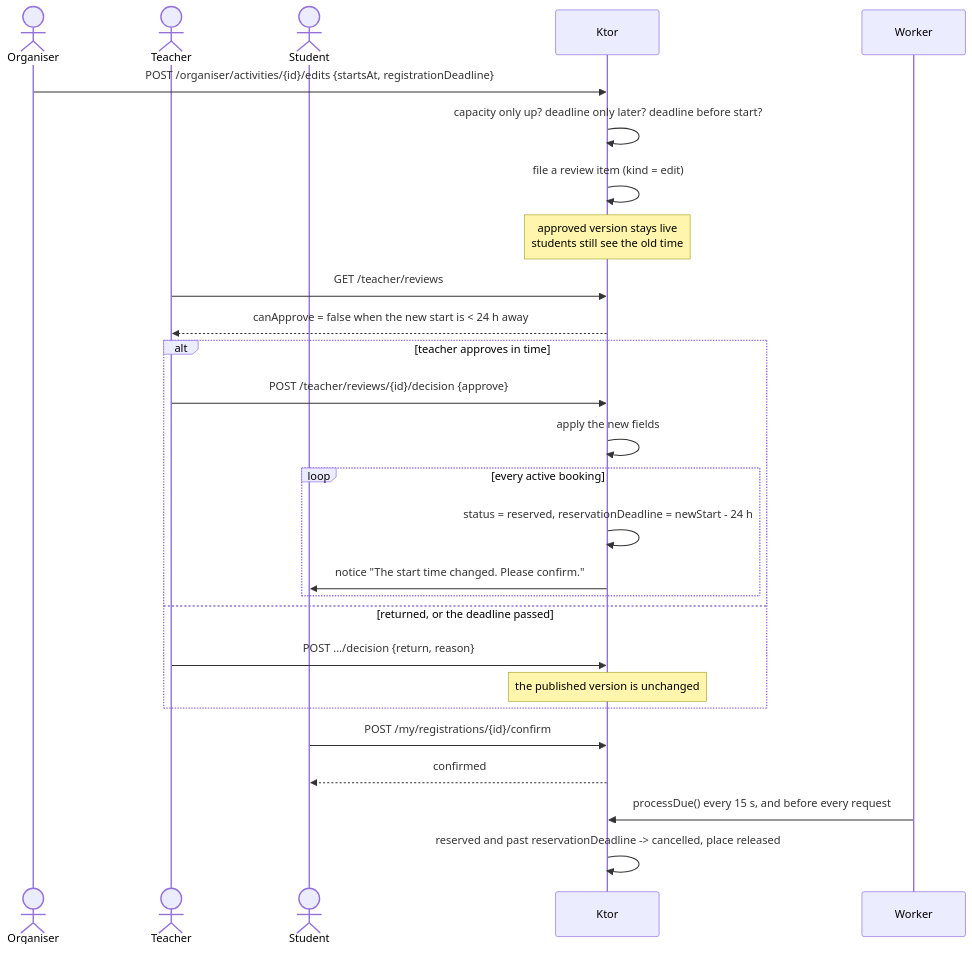
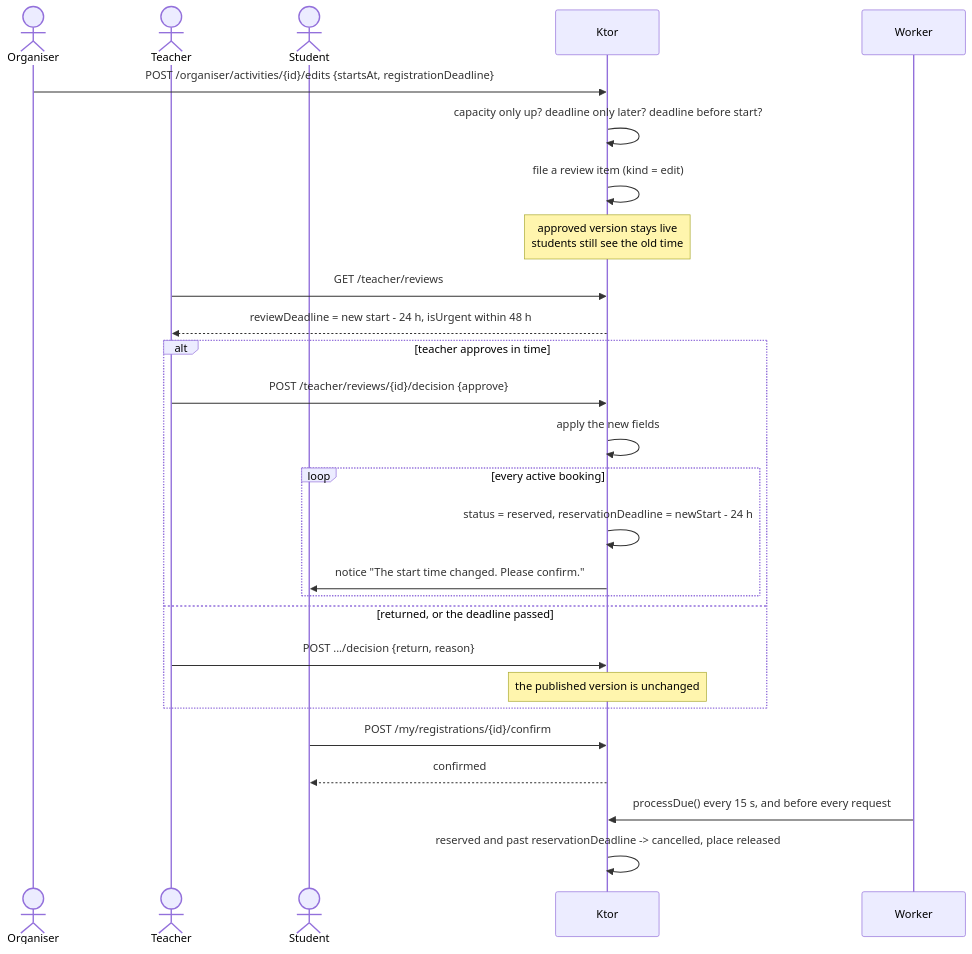
The fifth of 7 diagrams in wiki/Workflows.md (ToxicH3104/Year3_Software_Engineer_Project), drawn with Mermaid before and after one commit. The commit also changed other lines of this file and 9 other files, not shown here.

````diff
--- a/wiki/Workflows.md
+++ b/wiki/Workflows.md
@@ -107,30 +107,30 @@
 ```mermaid
 sequenceDiagram
     actor O as Organiser
     actor T as Teacher
     actor S as Student
     participant API as Ktor
     participant W as Worker
 
     O->>API: POST /organiser/activities/{id}/edits {startsAt, registrationDeadline}
     API->>API: capacity only up? deadline only later? deadline before start?
     API->>API: file a review item (kind = edit)
     Note over API: approved version stays live<br/>students still see the old time
     T->>API: GET /teacher/reviews
-    API-->>T: canApprove = false when the new start is < 24 h away
+    API-->>T: reviewDeadline = new start - 24 h, isUrgent within 48 h
     alt teacher approves in time
         T->>API: POST /teacher/reviews/{id}/decision {approve}
         API->>API: apply the new fields
         loop every active booking
             API->>API: status = reserved, reservationDeadline = newStart - 24 h
             API->>S: notice "The start time changed. Please confirm."
         end
     else returned, or the deadline passed
         T->>API: POST .../decision {return, reason}
         Note over API: the published version is unchanged
     end
     S->>API: POST /my/registrations/{id}/confirm
     API-->>S: confirmed
     W->>API: processDue() every 15 s, and before every request
     API->>API: reserved and past reservationDeadline -> cancelled, place released
 ```
````
